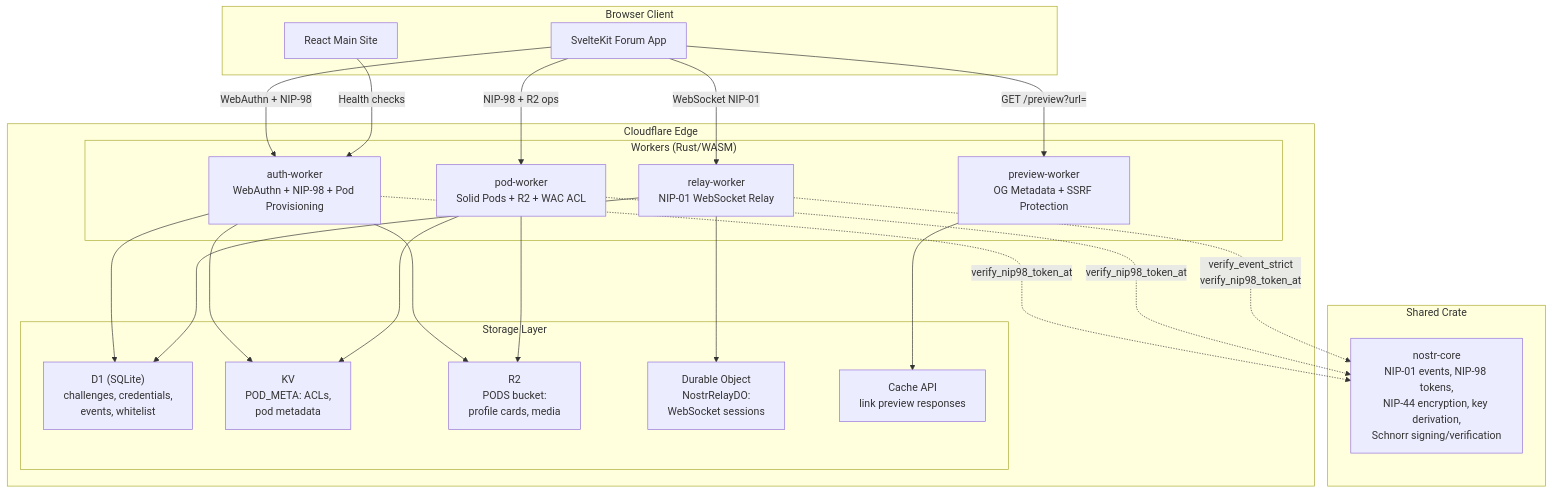
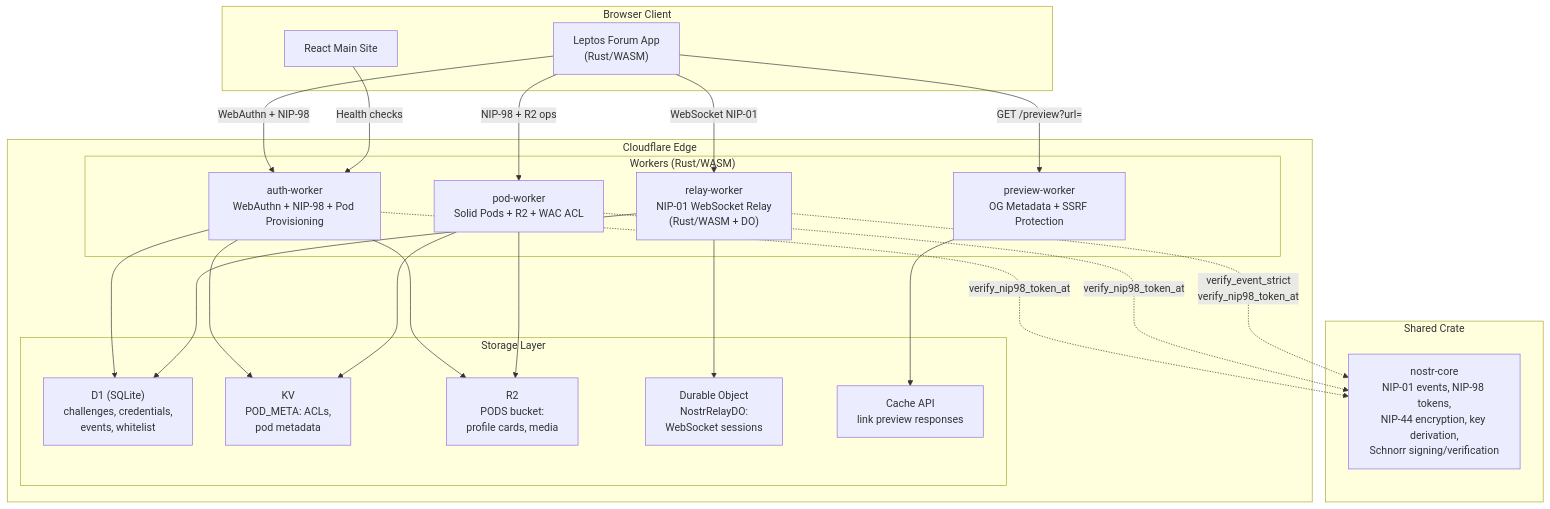
One commit to DreamLab-AI/dreamlab-ai-website changed the first of 5 diagrams in docs/security/QE_AUDIT_WORKERS.md. Above: the diagram before and after it, drawn with Mermaid. The commit also changed other lines of this file and 32 other files, not shown here.

````diff
--- a/docs/security/QE_AUDIT_WORKERS.md
+++ b/docs/security/QE_AUDIT_WORKERS.md
@@ -35,47 +37,47 @@
 ```mermaid
 flowchart TB
     subgraph Client["Browser Client"]
-        SvelteKit["SvelteKit Forum App"]
+        LeptosApp["Leptos Forum App<br/>(Rust/WASM)"]
         React["React Main Site"]
     end
 
     subgraph CF["Cloudflare Edge"]
         subgraph Workers["Workers (Rust/WASM)"]
             AUTH["auth-worker<br/>WebAuthn + NIP-98 + Pod Provisioning"]
             POD["pod-worker<br/>Solid Pods + R2 + WAC ACL"]
             PREVIEW["preview-worker<br/>OG Metadata + SSRF Protection"]
-            RELAY["relay-worker<br/>NIP-01 WebSocket Relay"]
+            RELAY["relay-worker<br/>NIP-01 WebSocket Relay<br/>(Rust/WASM + DO)"]
         end
 
         subgraph Storage["Storage Layer"]
             D1["D1 (SQLite)<br/>challenges, credentials,<br/>events, whitelist"]
             KV["KV<br/>POD_META: ACLs,<br/>pod metadata"]
             R2["R2<br/>PODS bucket:<br/>profile cards, media"]
             DO["Durable Object<br/>NostrRelayDO:<br/>WebSocket sessions"]
             CACHE["Cache API<br/>link preview responses"]
         end
     end
 
     subgraph Shared["Shared Crate"]
         NC["nostr-core<br/>NIP-01 events, NIP-98 tokens,<br/>NIP-44 encryption, key derivation,<br/>Schnorr signing/verification"]
     end
 
-    SvelteKit -->|"WebAuthn + NIP-98"| AUTH
-    SvelteKit -->|"NIP-98 + R2 ops"| POD
-    SvelteKit -->|"GET /preview?url="| PREVIEW
-    SvelteKit -->|"WebSocket NIP-01"| RELAY
+    LeptosApp -->|"WebAuthn + NIP-98"| AUTH
+    LeptosApp -->|"NIP-98 + R2 ops"| POD
+    LeptosApp -->|"GET /preview?url="| PREVIEW
+    LeptosApp -->|"WebSocket NIP-01"| RELAY
     React -->|"Health checks"| AUTH
 
     AUTH --> D1
     AUTH --> KV
     AUTH --> R2
     POD --> KV
     POD --> R2
     RELAY --> D1
     RELAY --> DO
     PREVIEW --> CACHE
 
     AUTH -.->|"verify_nip98_token_at"| NC
     POD -.->|"verify_nip98_token_at"| NC
     RELAY -.->|"verify_event_strict<br/>verify_nip98_token_at"| NC
 ```
````
